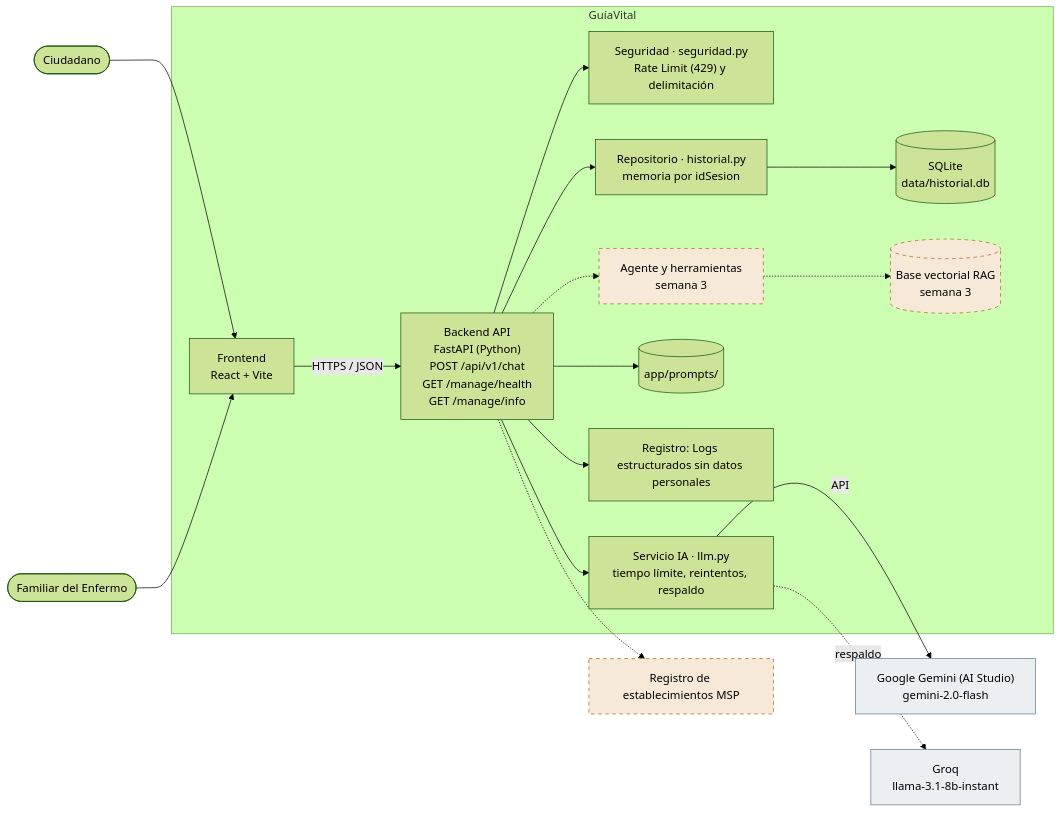
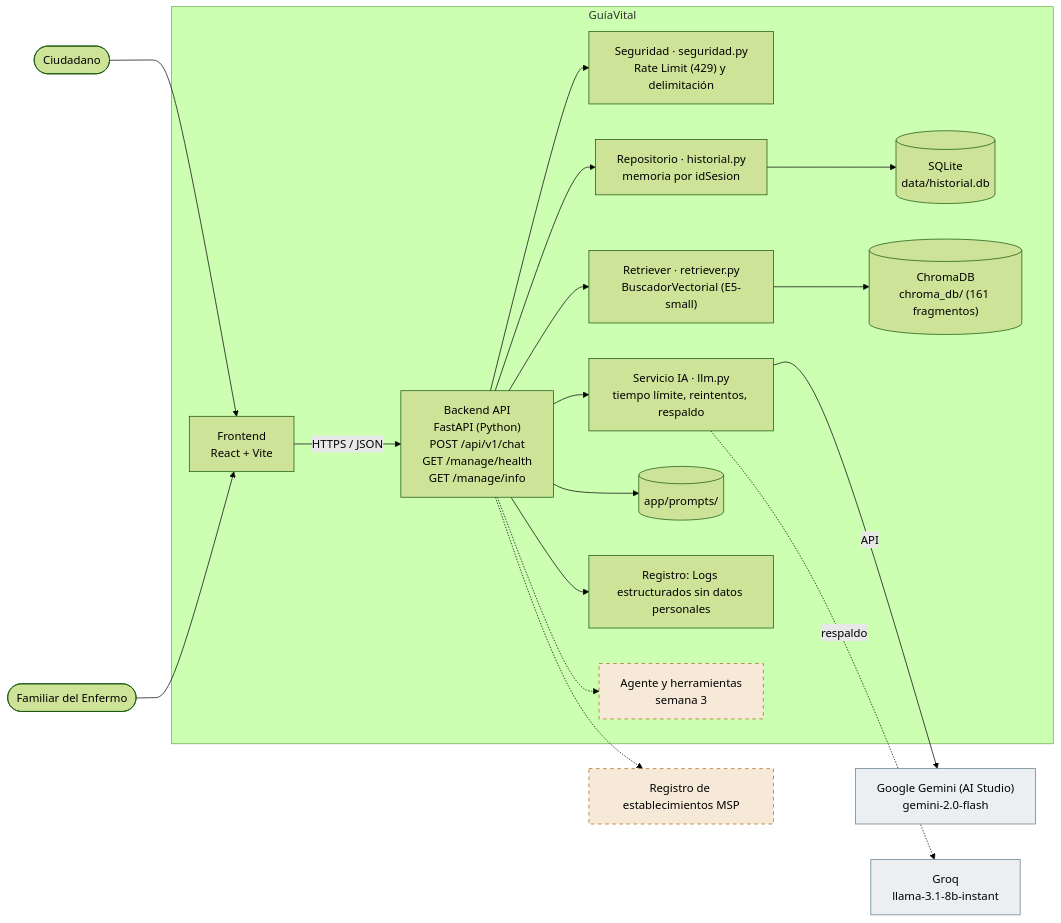
One commit to UNIPI6TO/PROY_GRADUACION_ASISTENTE_MEDICO_APP changed the second of 3 diagrams in docs/03-arquitectura.md. Above: the diagram before and after it, drawn with Mermaid (forest theme). The commit also changed other lines of this file, not shown here.

First line of the commit message:
docs: (arquitectura) actualizar diseño RAG

````diff
--- a/docs/03-arquitectura.md
+++ b/docs/03-arquitectura.md
@@ -47,39 +45,41 @@
 ```mermaid
 flowchart LR
   U0(["Ciudadano"])
   U1(["Familiar del Enfermo"])
   subgraph SYS["GuíaVital"]
     FE["Frontend<br/>React + Vite"]
     BE["Backend API<br/>FastAPI (Python)<br/>POST /api/v1/chat<br/>GET /manage/health<br/>GET /manage/info"]
     SEC["Seguridad · seguridad.py<br/>Rate Limit (429) y delimitación"]
     LLM["Servicio IA · llm.py<br/>tiempo límite, reintentos, respaldo"]
+    RET["Retriever · retriever.py<br/>BuscadorVectorial (E5-small)"]
     REPO["Repositorio · historial.py<br/>memoria por idSesion"]
     PR[("app/prompts/")]
     DB[("SQLite<br/>data/historial.db")]
     OB["Registro: Logs estructurados sin datos personales"]
-    VEC[("Base vectorial RAG<br/>semana 3")]
+    VEC[("ChromaDB<br/>chroma_db/ (161 fragmentos)")]
     AG["Agente y herramientas<br/>semana 3"]
   end
   P1["Google Gemini (AI Studio)<br/>gemini-2.0-flash"]
   P2["Groq<br/>llama-3.1-8b-instant"]
   E0["Registro de establecimientos MSP"]
   U0 --> FE
   U1 --> FE
   FE -- "HTTPS / JSON" --> BE
   BE --> SEC
+  BE --> RET
+  RET --> VEC
   BE --> LLM
   BE --> REPO
   REPO --> DB
   LLM -- API --> P1
   LLM -. respaldo .-> P2
   BE --> PR
   BE --> OB
   BE -.-> AG
-  AG -.-> VEC
   BE -.-> E0
   classDef fut fill:#f6e9d8,stroke:#a8641a,stroke-dasharray:5 5
   classDef ext fill:#eceff1,stroke:#607d8b
-  class VEC,AG fut
+  class AG fut
   class P1,P2 ext
   class E0 fut
 ```
````
